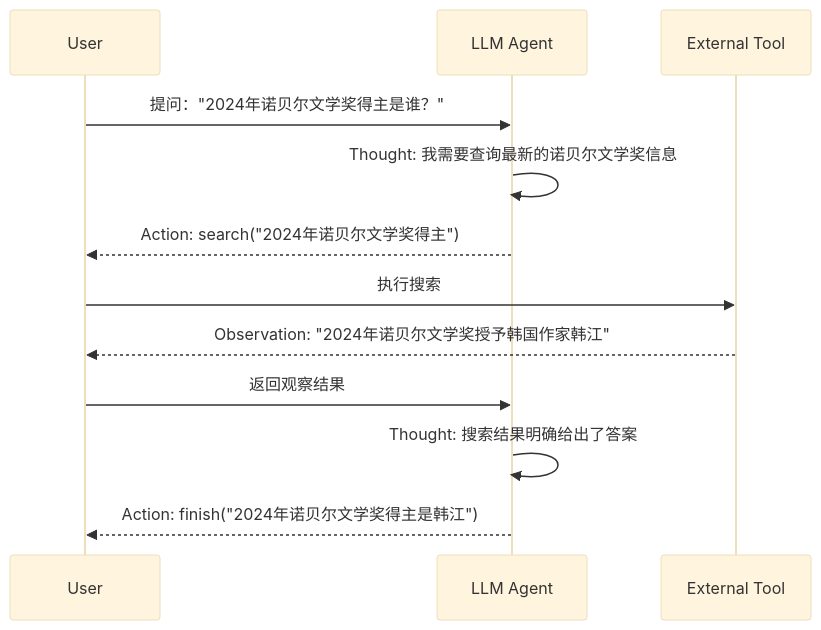
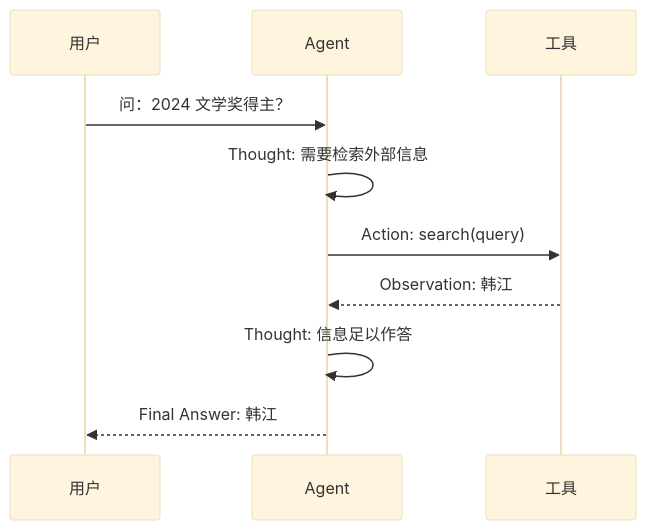
One commit to BeefWrap4/LLM-Knowledge-Base changed the second of 5 diagrams in 13_Prompt_Engineering.md. Above: the diagram before and after it, drawn with Mermaid (base theme). The commit also changed 8 other files, not shown here.

Commit message:
Fix Mermaid semantics and Obsidian layouts

````diff
--- a/13_Prompt_Engineering.md
+++ b/13_Prompt_Engineering.md
@@ -360,18 +360,15 @@
 ```mermaid
 sequenceDiagram
-    participant U as User
-    participant LLM as LLM Agent
-    participant Tool as External Tool
+    participant U as 用户
+    participant LLM as Agent
+    participant Tool as 工具
 
-    U->>LLM: 提问："2024年诺贝尔文学奖得主是谁？"
+    U->>LLM: 问：2024 文学奖得主？
     
-    LLM->>LLM: Thought: 我需要查询最新的诺贝尔文学奖信息
-    LLM-->>U: Action: search("2024年诺贝尔文学奖得主")
+    LLM->>LLM: Thought: 需要检索外部信息
+    LLM->>Tool: Action: search(query)
+    Tool-->>LLM: Observation: 韩江
     
-    U->>Tool: 执行搜索
-    Tool-->>U: Observation: "2024年诺贝尔文学奖授予韩国作家韩江"
-    U->>LLM: 返回观察结果
-    
-    LLM->>LLM: Thought: 搜索结果明确给出了答案
-    LLM-->>U: Action: finish("2024年诺贝尔文学奖得主是韩江")
+    LLM->>LLM: Thought: 信息足以作答
+    LLM-->>U: Final Answer: 韩江
 ```
````
